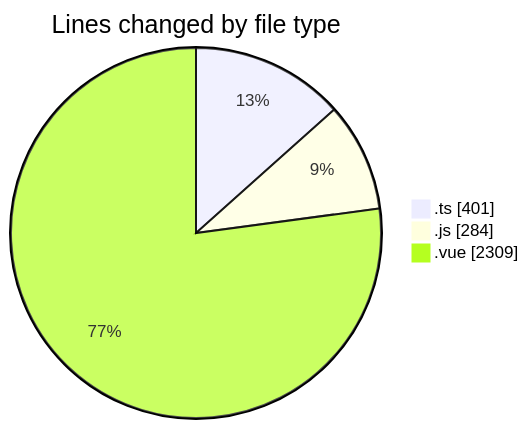
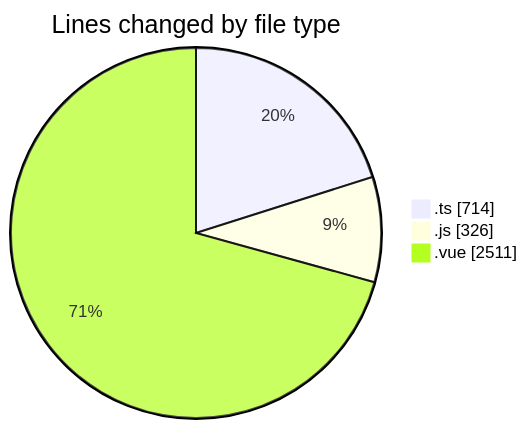
One commit to lephambinh05/code-tracking changed the first of 2 diagrams in 2025-08-16/rentotp/README.md. Above: the diagram before and after it, drawn with Mermaid. The commit also changed other lines of this file and 1 other file, not shown here.

````diff
--- a/2025-08-16/rentotp/README.md
+++ b/2025-08-16/rentotp/README.md
@@ -32,7 +32,7 @@
 ```mermaid
 pie showData
 title Lines changed by file type
-".ts" : 401
-".js" : 284
-".vue" : 2309
+".ts" : 714
+".js" : 326
+".vue" : 2511
 ```
````
